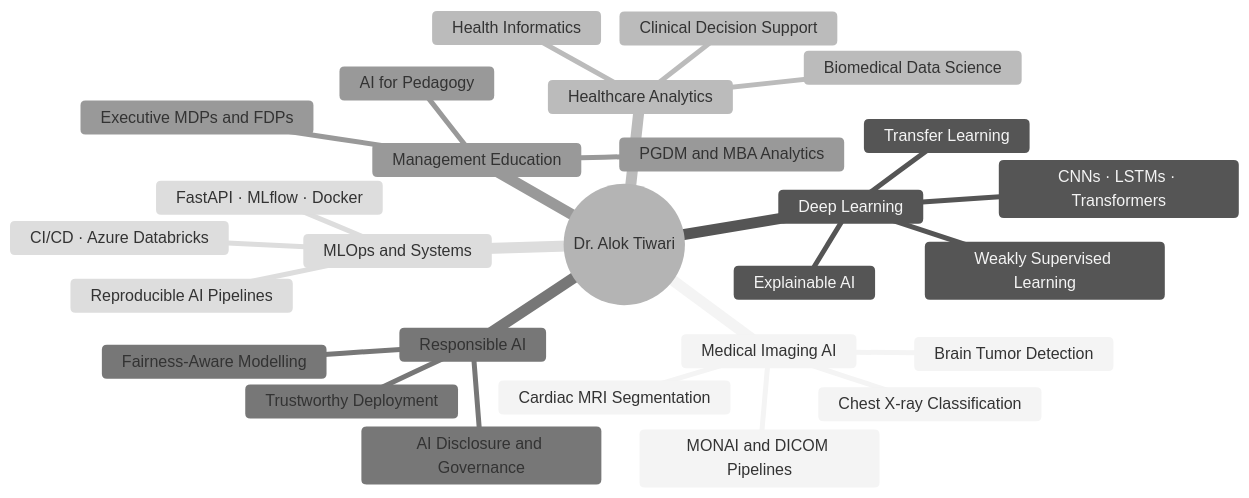
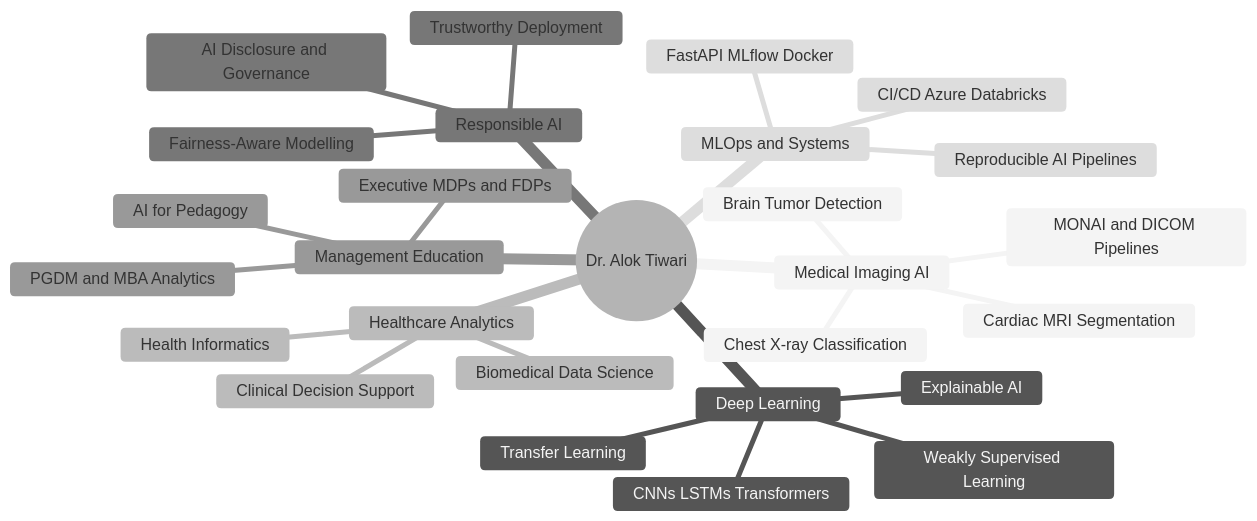
The diagram in README.md (dr-alok-tiwari/dr-alok-tiwari), drawn with Mermaid (neutral theme) before and after one commit. The commit also changed other lines of this file, not shown here.

````diff
--- a/README.md
+++ b/README.md
@@ -61,30 +72,30 @@
 ```mermaid
 mindmap
   root((Dr. Alok Tiwari))
     Medical Imaging AI
       Chest X-ray Classification
       Cardiac MRI Segmentation
       Brain Tumor Detection
       MONAI and DICOM Pipelines
     Deep Learning
       Transfer Learning
       Weakly Supervised Learning
-      CNNs · LSTMs · Transformers
+      CNNs LSTMs Transformers
       Explainable AI
     Healthcare Analytics
       Clinical Decision Support
       Health Informatics
       Biomedical Data Science
     Responsible AI
       Fairness-Aware Modelling
       AI Disclosure and Governance
       Trustworthy Deployment
     Management Education
       PGDM and MBA Analytics
       Executive MDPs and FDPs
       AI for Pedagogy
     MLOps and Systems
-      FastAPI · MLflow · Docker
-      CI/CD · Azure Databricks
+      FastAPI MLflow Docker
+      CI/CD Azure Databricks
       Reproducible AI Pipelines
 ```
````
